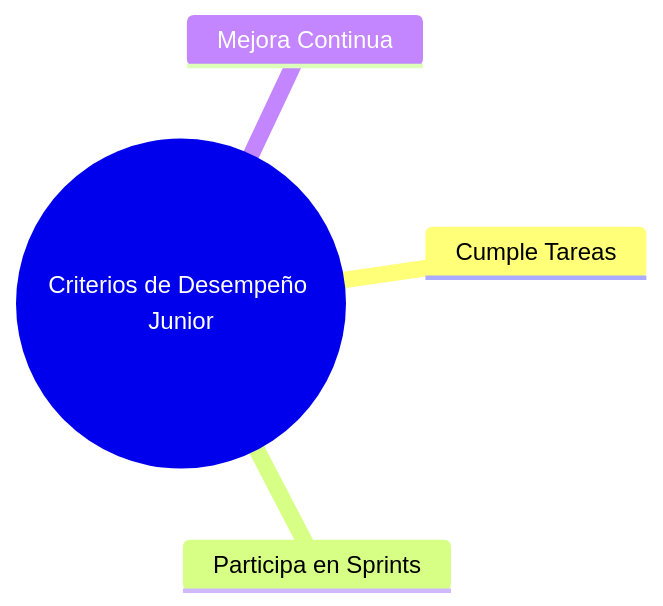
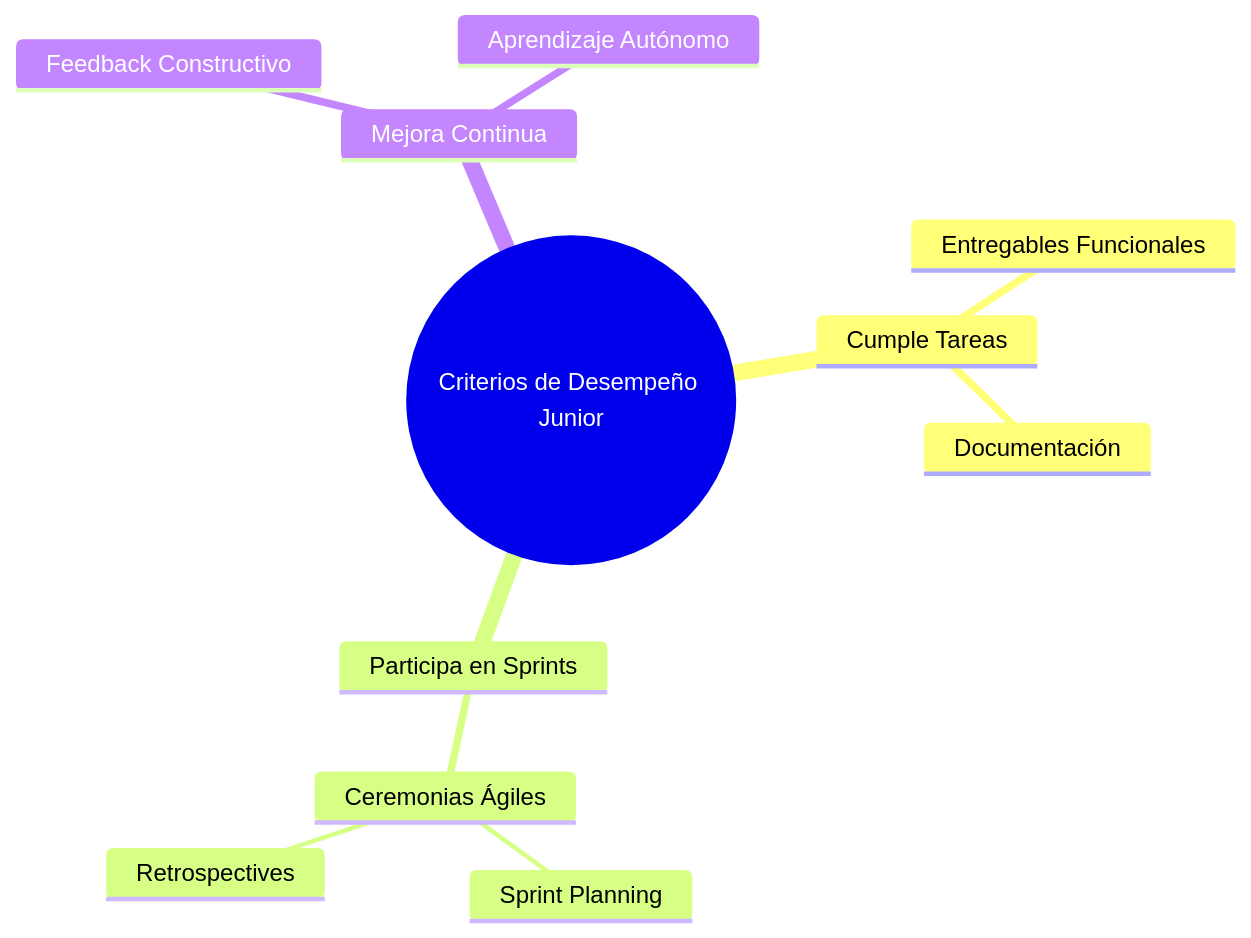
One commit to EdgarRangelInnovate/EdgarRangelInnovate changed diagram 11 of 14 in knowledge/tech/junior.md. Above: the diagram before and after it, drawn with Mermaid. The commit also changed other lines of this file and 5 other files, not shown here.

Commit message:
Enhance junior developer skills documentation with detailed programming concepts, design patterns, and software architectures. Added sections on POO, Factory, and Singleton patterns, along with practical examples and mind maps for better understanding.

`````diff
--- a/knowledge/tech/junior.md
+++ b/knowledge/tech/junior.md
@@ -298,7 +512,14 @@
 ````mermaid
 mindmap
   root((Criterios de Desempeño Junior))
     Cumple Tareas
+      Entregables Funcionales
+      Documentación
     Participa en Sprints
+      Ceremonias Ágiles
+        Sprint Planning
+        Retrospectives
     Mejora Continua
+      Feedback Constructivo
+      Aprendizaje Autónomo
 ````
`````
